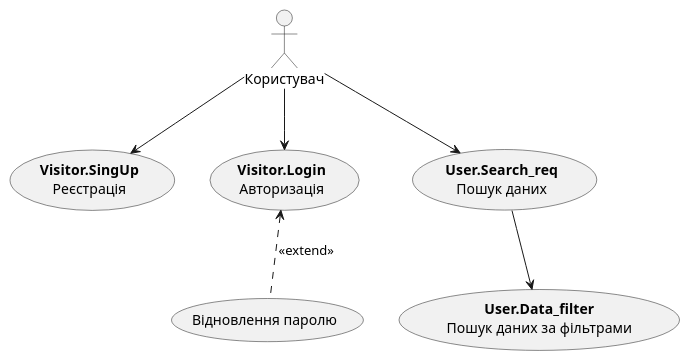
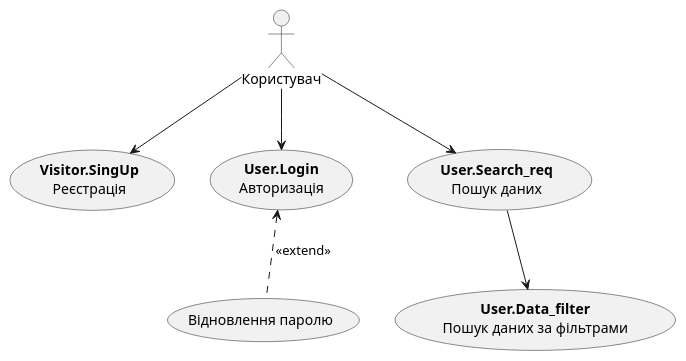
The second of 11 diagrams in docs/use cases/README.md (nonGratis/retarder-io-23-3), drawn with PlantUML before and after one commit. The commit also changed other lines of this file, not shown here.

Commit message:
change the appearance of the general UML

````diff
--- a/docs/use cases/README.md
+++ b/docs/use cases/README.md
@@ -62,19 +61,19 @@
 ```plantuml
 @startuml
 
 actor "Користувач" as User
 
 usecase "<b>Visitor.SingUp\nРеєстрація" as Registration
-usecase "<b>Visitor.Login\nАвторизація" as Login
+usecase "<b>User.Login\nАвторизація" as Login
 usecase "<b>User.Search_req\nПошук даних" as Search
 usecase "<b>User.Data_filter\nПошук даних за фільтрами" as SearchWithFilters
 usecase "Відновлення паролю" as PasswordRecovery
 
 User --> Registration
 User --> Login
 User --> Search 
 Search --> SearchWithFilters
 Login <-[dashed]- PasswordRecovery : <<extend>>
 
 @enduml
 ```
````
